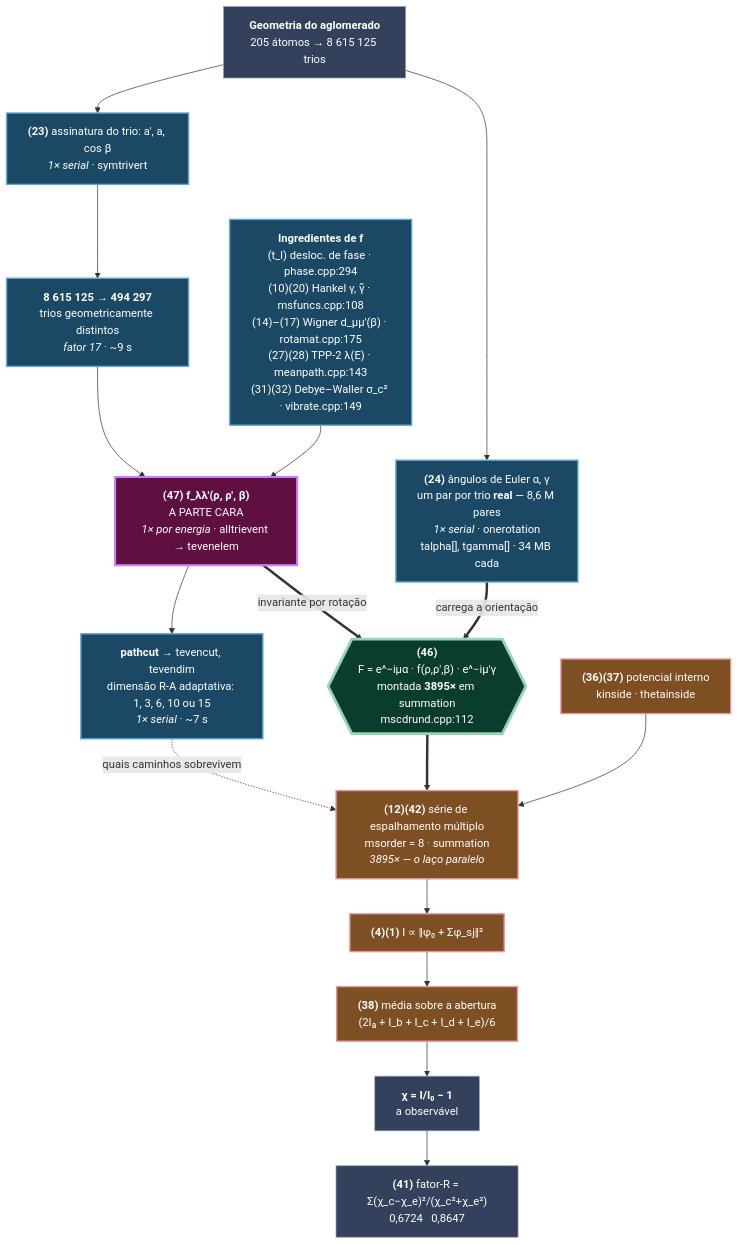
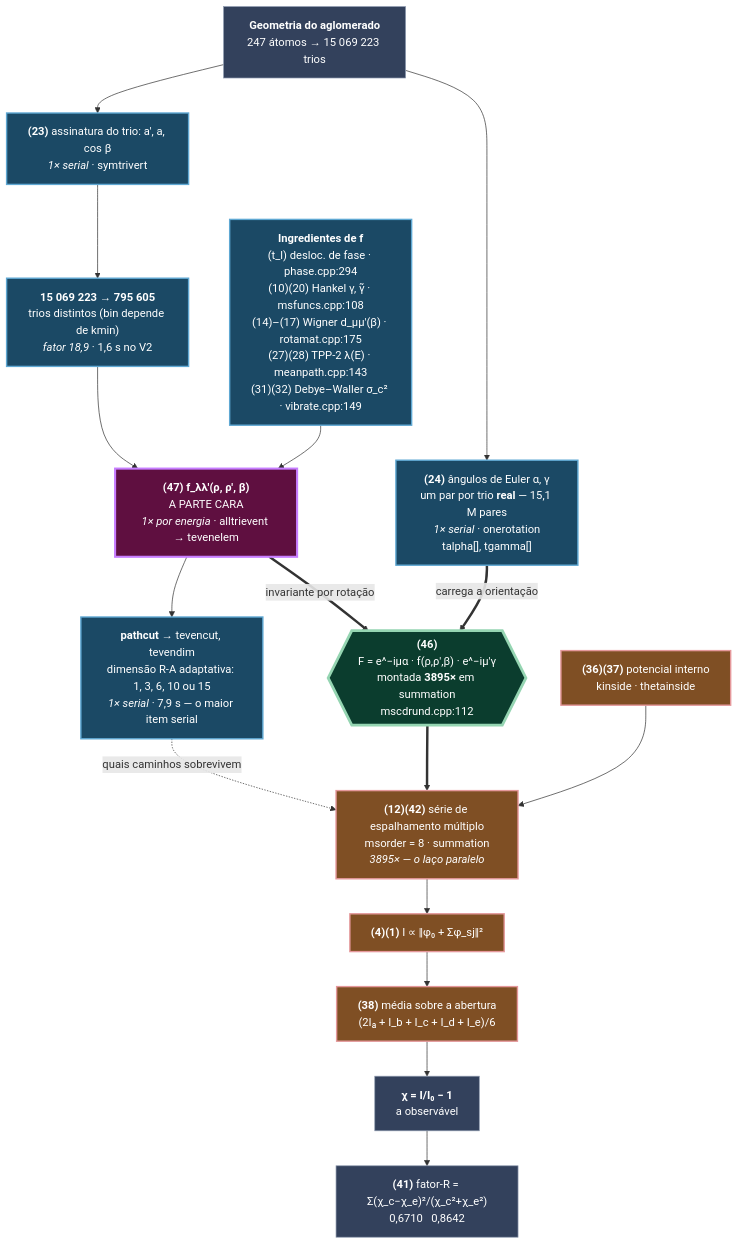
One commit to yosefschmidtA/MSCD_ATA_GPU changed the diagram in README.md. Above: the diagram before and after it, drawn with Mermaid. The commit also changed other lines of this file and 17 other files, not shown here.

````diff
--- a/README.md
+++ b/README.md
@@ -127,45 +156,45 @@
 ```mermaid
 flowchart TB
-    GEO["<b>Geometria do aglomerado</b><br/>205 átomos → 8 615 125 trios"]
+    GEO["<b>Geometria do aglomerado</b><br/>247 átomos → 15 069 223 trios"]
 
     E23["<b>(23)</b> assinatura do trio: a', a, cos β<br/><i>1× serial</i> · symtrivert"]
-    SYM["<b>8 615 125 → 494 297</b><br/>trios geometricamente distintos<br/><i>fator 17</i> · ~9 s"]
+    SYM["<b>15 069 223 → 795 605</b><br/>trios distintos (bin depende de kmin)<br/><i>fator 18,9</i> · 1,6 s no V2"]
 
     ING["<b>Ingredientes de f</b><br/>(t_l) desloc. de fase · phase.cpp:294<br/>(10)(20) Hankel γ, γ̃ · msfuncs.cpp:108<br/>(14)–(17) Wigner d_μμ'(β) · rotamat.cpp:175<br/>(27)(28) TPP-2 λ(E) · meanpath.cpp:143<br/>(31)(32) Debye–Waller σ_c² · vibrate.cpp:149"]
 
     E47["<b>(47) f_λλ'(ρ, ρ', β)</b><br/>A PARTE CARA<br/><i>1× por energia</i> · alltrievent → tevenelem"]
-    PC["<b>pathcut</b> → tevencut, tevendim<br/>dimensão R-A adaptativa: 1, 3, 6, 10 ou 15<br/><i>1× serial</i> · ~7 s"]
+    PC["<b>pathcut</b> → tevencut, tevendim<br/>dimensão R-A adaptativa: 1, 3, 6, 10 ou 15<br/><i>1× serial</i> · 7,9 s — o maior item serial"]
 
-    E24["<b>(24)</b> ângulos de Euler α, γ<br/>um par por trio <b>real</b> — 8,6 M pares<br/><i>1× serial</i> · onerotation<br/>talpha[], tgamma[] · 34 MB cada"]
+    E24["<b>(24)</b> ângulos de Euler α, γ<br/>um par por trio <b>real</b> — 15,1 M pares<br/><i>1× serial</i> · onerotation<br/>talpha[], tgamma[]"]
 
     E46{{"<b>(46)</b><br/>F = e^−iμα · f(ρ,ρ',β) · e^−iμ'γ<br/>montada <b>3895×</b> em summation<br/>mscdrund.cpp:112"}}
 
     E12["<b>(12)(42)</b> série de espalhamento múltiplo<br/>msorder = 8 · summation<br/><i>3895× — o laço paralelo</i>"]
     E3637["<b>(36)(37)</b> potencial interno<br/>kinside · thetainside"]
     E4["<b>(4)(1)</b> I ∝ ‖φ₀ + Σφ_sj‖²"]
     E38["<b>(38)</b> média sobre a abertura<br/>(2Iₐ + I_b + I_c + I_d + I_e)/6"]
     CHI["<b>χ = I/I₀ − 1</b><br/>a observável"]
-    E41["<b>(41)</b> fator-R = Σ(χ_c−χ_e)²/(χ_c²+χ_e²)<br/>0,6724   0,8647"]
+    E41["<b>(41)</b> fator-R = Σ(χ_c−χ_e)²/(χ_c²+χ_e²)<br/>0,6710   0,8642"]
 
     GEO --> E23 --> SYM --> E47
     ING --> E47
     E47 --> PC
     GEO --> E24
     E47 ==>|"invariante por rotação"| E46
     E24 ==>|"carrega a orientação"| E46
     E46 ==> E12
     PC -.->|"quais caminhos sobrevivem"| E12
     E3637 --> E12
     E12 --> E4 --> E38 --> CHI --> E41
 
     classDef serial fill:#1b4965,stroke:#5fa8d3,stroke-width:2px,color:#fff
     classDef caro fill:#5f0f40,stroke:#c77dff,stroke-width:3px,color:#fff
     classDef paralelo fill:#7f4f24,stroke:#e5989b,stroke-width:2px,color:#fff
     classDef hub fill:#0b3d2e,stroke:#95d5b2,stroke-width:4px,color:#fff
     classDef neutro fill:#33415c,stroke:#8d99ae,stroke-width:1px,color:#fff
     class E23,SYM,ING,PC,E24 serial
     class E47 caro
     class E12,E3637,E4,E38 paralelo
     class E46 hub
     class GEO,CHI,E41 neutro
 ```
````
